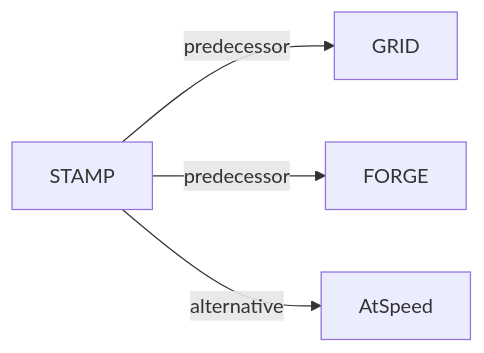
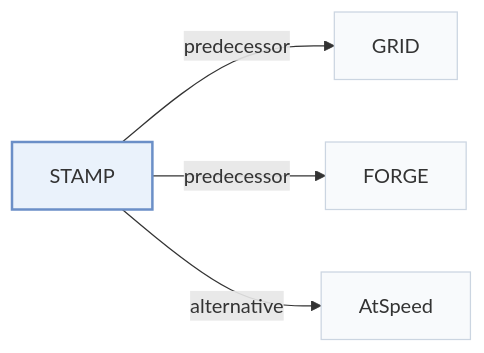
The second of 2 diagrams in pages/papers/stamp.md (Galaxy-ghost/Awesome-SID-Generative-Rec), drawn with Mermaid before and after one commit. The commit also changed other lines of this file and 649 other files, not shown here.

Commit message:
writer-05: also tags and modality index (schema, check, build, visuals); summary field removed; calibration data for 12 papers

````diff
--- a/pages/papers/stamp.md
+++ b/pages/papers/stamp.md
@@ -68,7 +74,11 @@
 ```mermaid
 flowchart LR
     P["STAMP"]
-    P -->|predecessor| A["GRID"]
-    P -->|predecessor| B["FORGE"]
-    P -->|alternative| C["AtSpeed"]
+    P -->|"predecessor"| A["GRID"]
+    P -->|"predecessor"| B["FORGE"]
+    P -->|"alternative"| C["AtSpeed"]
+    classDef main fill:#eaf2fb,stroke:#6b8fc7,stroke-width:2px
+    classDef peer fill:#f8fafc,stroke:#cbd5e1
+    class P main
+    class A,B,C peer
 ```
````
